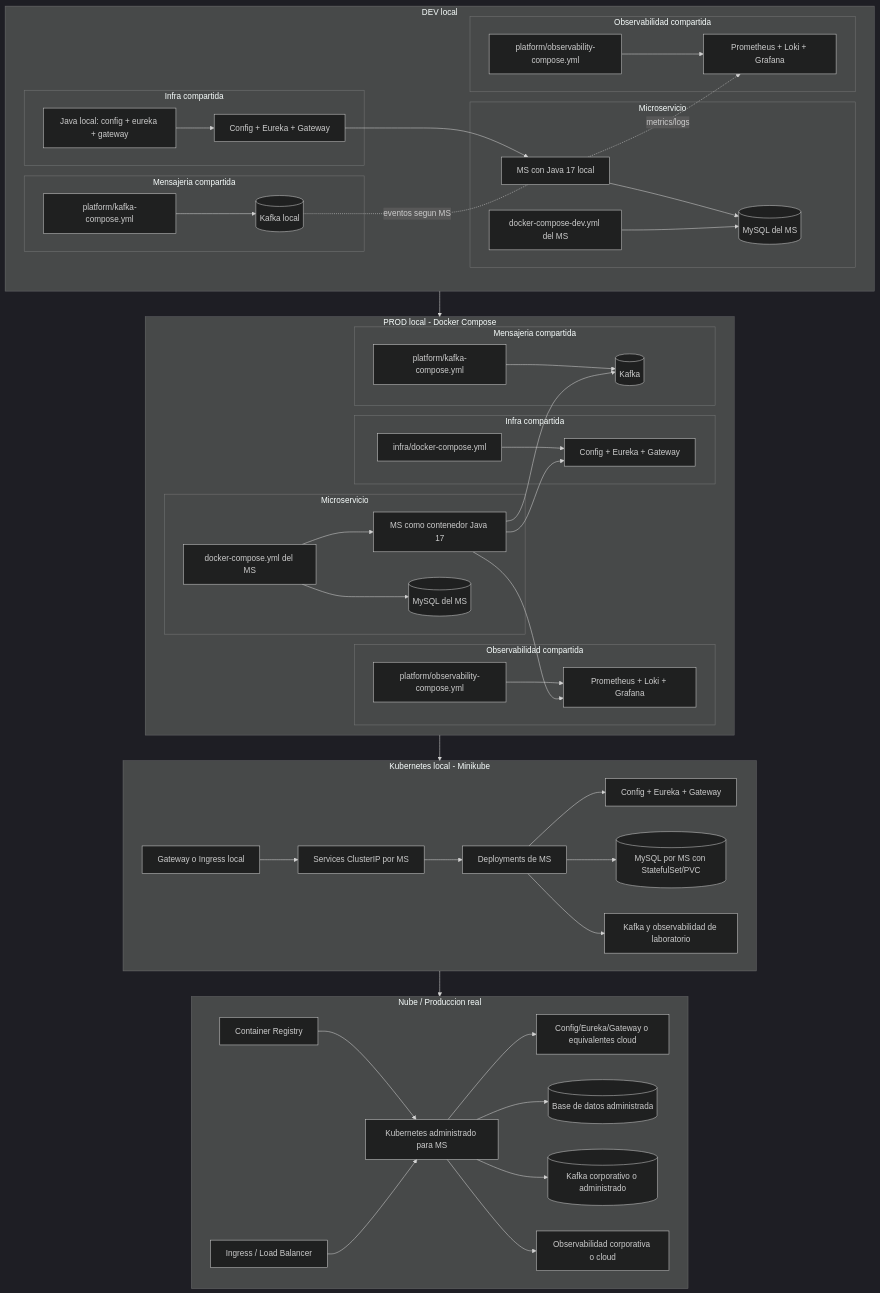
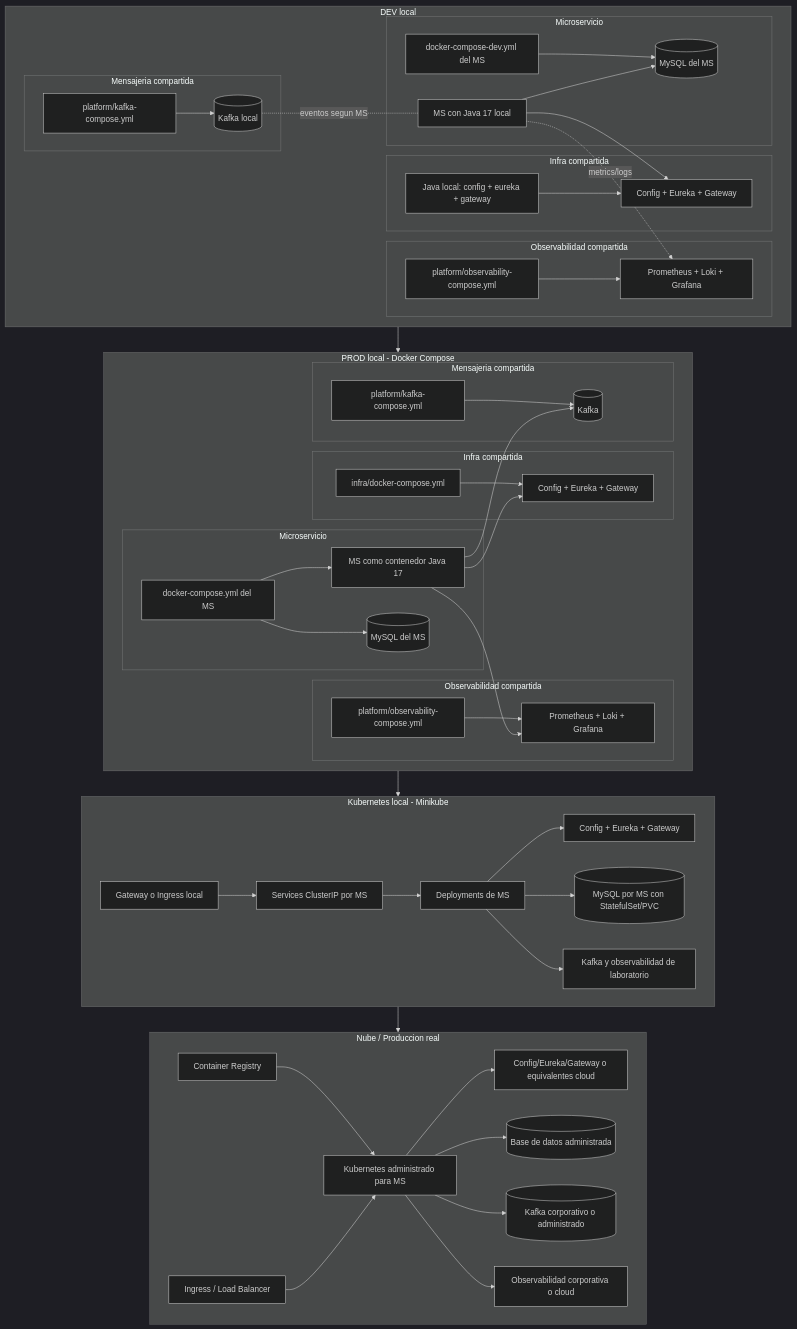
The tenth of 10 diagrams in README.md (262dist/pagatu), drawn with Mermaid (dark theme) before and after one commit.

```diff
--- a/README.md
+++ b/README.md
@@ -557,6 +557,12 @@
             devinfrarun --> devshared
         end
 
+        subgraph devObsBox[Observabilidad compartida]
+            devobscompose[platform/observability-compose.yml]
+            devobs[Prometheus + Loki + Grafana]
+            devobscompose --> devobs
+        end
+
         subgraph devMsBox[Microservicio]
             devmscompose[docker-compose-dev.yml del MS]
             devjava[MS con Java 17 local]
@@ -564,14 +570,8 @@
             devmscompose --> devmysql
         end
 
-        subgraph devObsBox[Observabilidad compartida]
-            devobscompose[platform/observability-compose.yml]
-            devobs[Prometheus + Loki + Grafana]
-            devobscompose --> devobs
-        end
-
         devmessaging -. eventos segun MS .- devjava
-        devshared --> devjava
+        devjava --> devshared
         devjava --> devmysql
         devjava -. metrics/logs .-> devobs
     end
```
